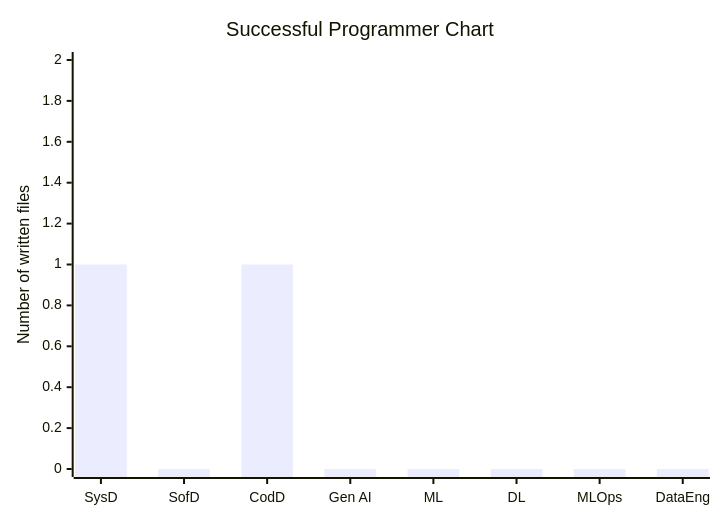
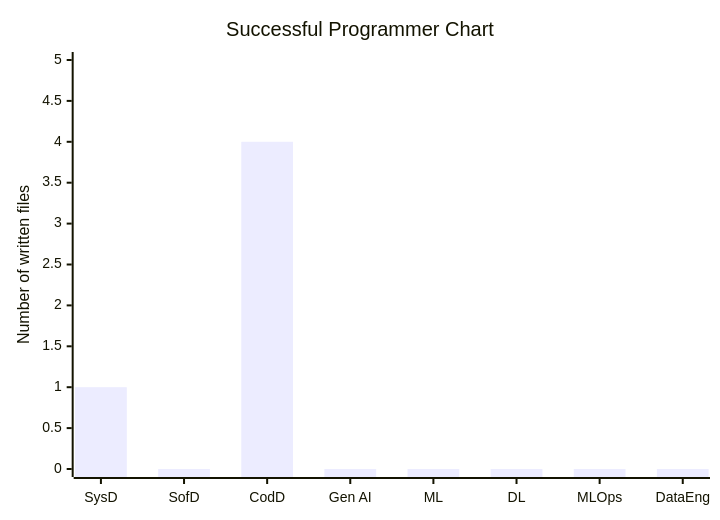
One commit to bezerraescossia/Sucessful-Programmer-Journey changed the diagram in README.md. Above: the diagram before and after it, drawn with Mermaid. The commit also changed 6 other files, not shown here.

````diff
--- a/README.md
+++ b/README.md
@@ -3,7 +3,7 @@
 ```mermaid
 xychart
     title "Successful Programmer Chart"
     x-axis ["SysD", "SofD", "CodD", "Gen AI", "ML", "DL", "MLOps", "DataEng"]
-    y-axis "Number of written files" 0 --> 2
-    bar [1, 0, 1, 0, 0, 0, 0, 0]
+    y-axis "Number of written files" 0 --> 5
+    bar [1, 0, 4, 0, 0, 0, 0, 0]
 ```
````
